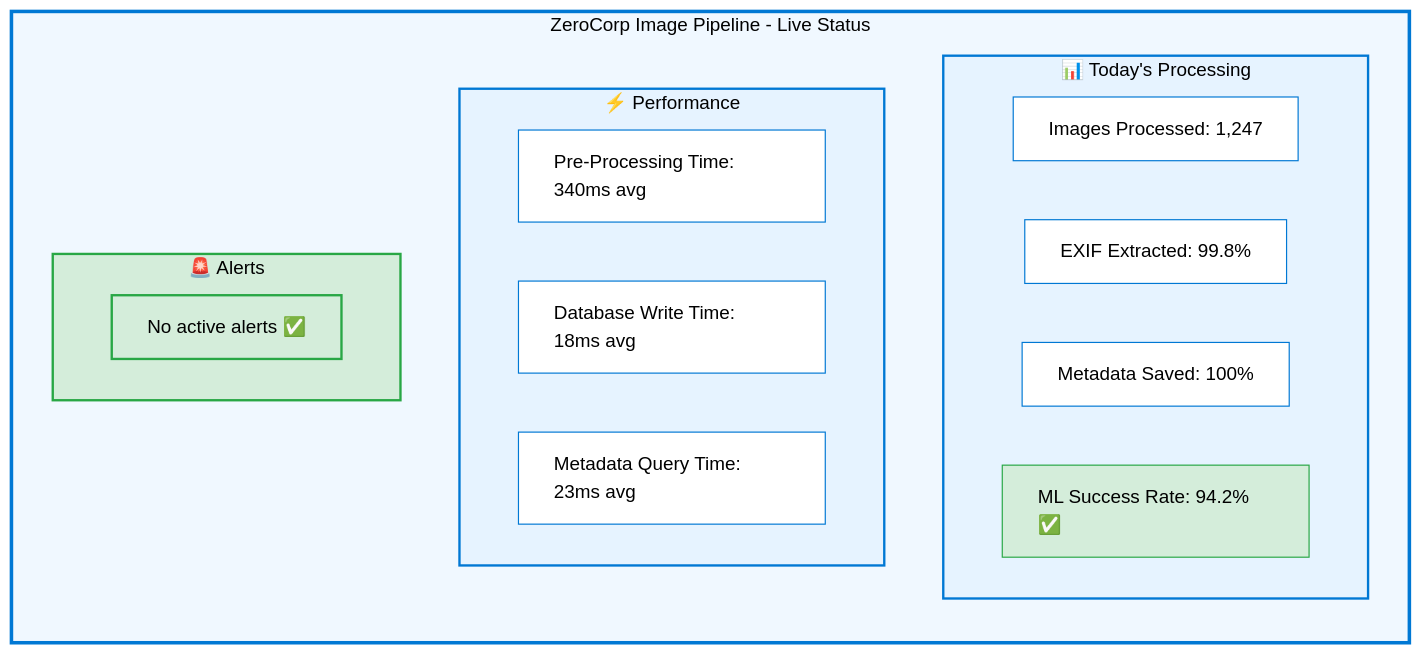
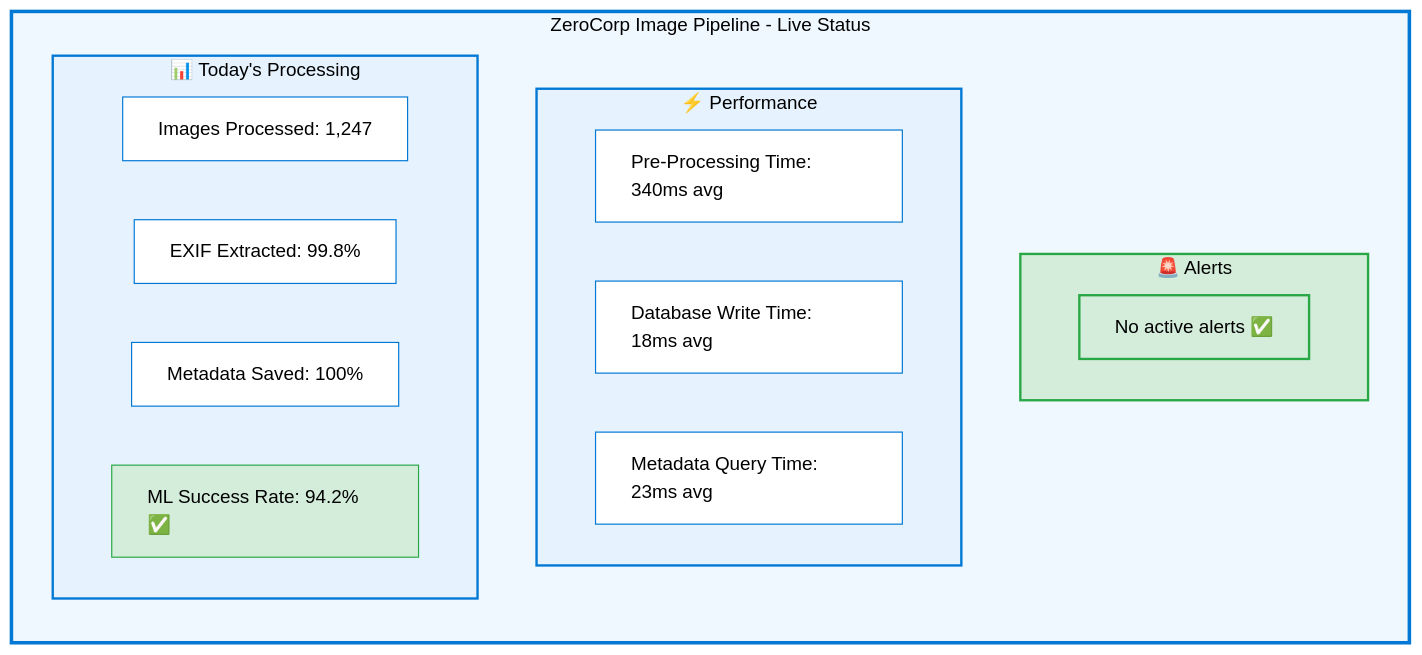
Before and after one commit to anandSgunti/cloud: the fifth of 5 diagrams in 02-The-Bug/02_Solution_Architecture.md, drawn with Mermaid.

````diff
--- a/02-The-Bug/02_Solution_Architecture.md
+++ b/02-The-Bug/02_Solution_Architecture.md
@@ -240,40 +240,40 @@
 ```mermaid
 %%{init: {'theme':'base', 'themeVariables': { 'fontSize':'16px'}}}%%
-graph TD
+graph TB
     subgraph Dashboard["ZeroCorp Image Pipeline - Live Status"]
         direction TB
         
-        subgraph Processing["📊 Today's Processing"]
-            P1["Images Processed: 1,247"]
-            P2["EXIF Extracted: 99.8%"]
-            P3["Metadata Saved: 100%"]
-            P4["ML Success Rate: 94.2% ✅"]
+        subgraph Alerts["🚨 Alerts"]
+            A1["No active alerts ✅"]
         end
         
         subgraph Performance["⚡ Performance"]
             PF1["Pre-Processing Time: 340ms avg"]
             PF2["Database Write Time: 18ms avg"]
             PF3["Metadata Query Time: 23ms avg"]
         end
         
-        subgraph Alerts["🚨 Alerts"]
-            A1["No active alerts ✅"]
+        subgraph Processing["📊 Today's Processing"]
+            P1["Images Processed: 1,247"]
+            P2["EXIF Extracted: 99.8%"]
+            P3["Metadata Saved: 100%"]
+            P4["ML Success Rate: 94.2% ✅"]
         end
     end
     
     style Dashboard fill:#f0f8ff,stroke:#0078d4,stroke-width:3px,color:#000,text-align:left
     style Processing fill:#e6f3ff,stroke:#0078d4,stroke-width:2px,color:#000,text-align:left
     style Performance fill:#e6f3ff,stroke:#0078d4,stroke-width:2px,color:#000,text-align:left
     style Alerts fill:#d4edda,stroke:#28a745,stroke-width:2px,color:#000,text-align:left
     
     style P1 fill:#fff,stroke:#0078d4,stroke-width:1px,color:#000,text-align:left
     style P2 fill:#fff,stroke:#0078d4,stroke-width:1px,color:#000,text-align:left
     style P3 fill:#fff,stroke:#0078d4,stroke-width:1px,color:#000,text-align:left
     style P4 fill:#d4edda,stroke:#28a745,stroke-width:1px,color:#000,text-align:left
     
     style PF1 fill:#fff,stroke:#0078d4,stroke-width:1px,color:#000,text-align:left
     style PF2 fill:#fff,stroke:#0078d4,stroke-width:1px,color:#000,text-align:left
     style PF3 fill:#fff,stroke:#0078d4,stroke-width:1px,color:#000,text-align:left
     
     style A1 fill:#d4edda,stroke:#28a745,stroke-width:2px,color:#000,text-align:left
 ```
````
